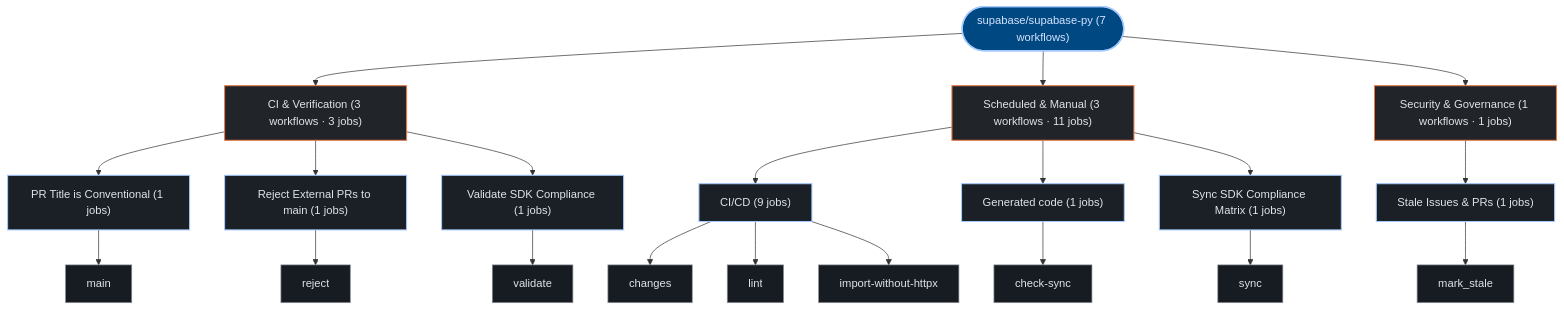
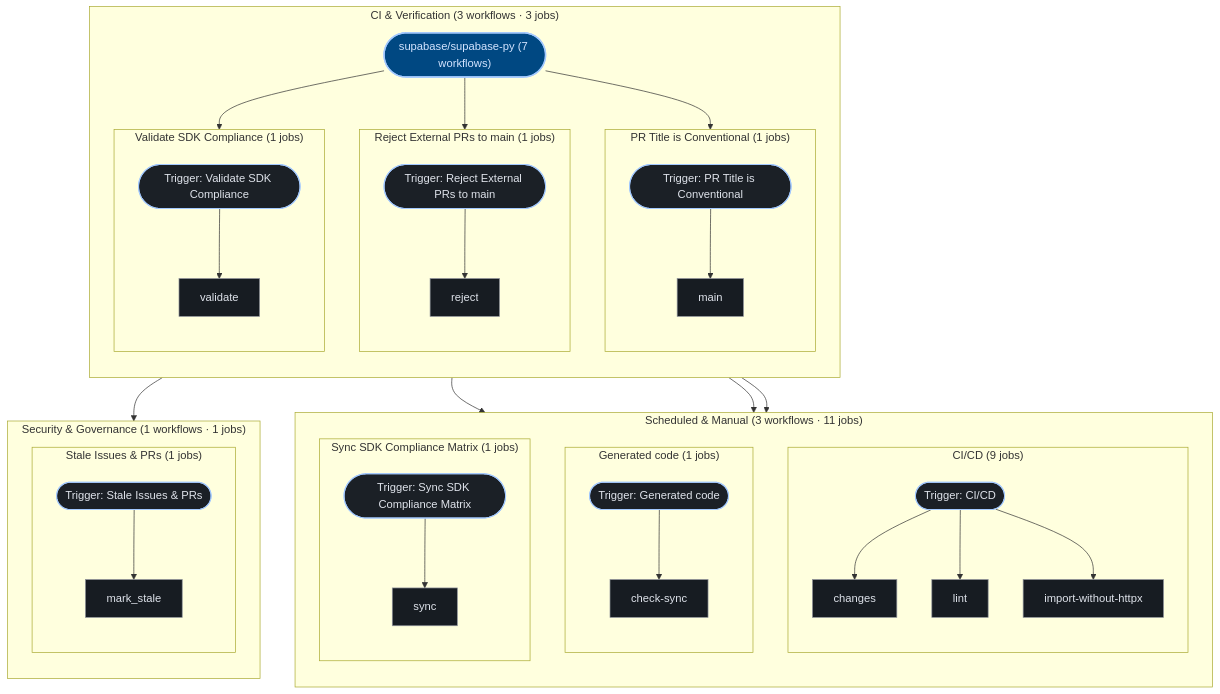
Before and after one commit to kumarshaz/atruss-code-atlas: the third of 3 diagrams in exports/latest/reports/supabase-supabase-py-report.md, drawn with Mermaid. The commit also changed 181 other files, not shown here.

````diff
--- a/exports/latest/reports/supabase-supabase-py-report.md
+++ b/exports/latest/reports/supabase-supabase-py-report.md
@@ -233,49 +233,73 @@
 ```mermaid
 graph TD;
   classDef atlasRoot fill:#004882,stroke:#a3c9ff,stroke-width:2px,color:#d3e4ff
   classDef atlasCategory fill:#212428,stroke:#E87A48,stroke-width:1.5px,color:#dfe3eb
   classDef atlasWorkflow fill:#1b2026,stroke:#a3c9ff,stroke-width:1.5px,color:#dfe3eb
   classDef atlasJob fill:#171c22,stroke:#8d9199,stroke-width:1px,color:#dfe3eb
   classDef atlasTarget fill:#005227,stroke:#8bd99b,stroke-width:1.5px,color:#a7f6b6
   classDef atlasAlert fill:#93000a,stroke:#ffb4ab,stroke-width:1.5px,color:#ffdad6
   classDef atlasMore fill:#252a31,stroke:#8d9199,stroke-dasharray:4 4,color:#c3c6cf
   pipeline_root(["supabase/supabase-py (7 workflows)"]):::atlasRoot
-  grp_0_CI___Verification["CI & Verification (3 workflows · 3 jobs)"]:::atlasCategory
-  pipeline_root --> grp_0_CI___Verification
-  wf_2_PR_Title_is_Conventional["PR Title is Conventional (1 jobs)"]:::atlasWorkflow
-  grp_0_CI___Verification --> wf_2_PR_Title_is_Conventional
-  job_2_main["main"]:::atlasJob
-  wf_2_PR_Title_is_Conventional --> job_2_main
-  wf_3_Reject_External_PRs_to_main["Reject External PRs to main (1 jobs)"]:::atlasWorkflow
-  grp_0_CI___Verification --> wf_3_Reject_External_PRs_to_main
-  job_3_reject["reject"]:::atlasJob
-  wf_3_Reject_External_PRs_to_main --> job_3_reject
-  wf_6_Validate_SDK_Compliance["Validate SDK Compliance (1 jobs)"]:::atlasWorkflow
-  grp_0_CI___Verification --> wf_6_Validate_SDK_Compliance
-  job_6_validate["validate"]:::atlasJob
-  wf_6_Validate_SDK_Compliance --> job_6_validate
-  grp_1_Scheduled___Manual["Scheduled & Manual (3 workflows · 11 jobs)"]:::atlasCategory
-  pipeline_root --> grp_1_Scheduled___Manual
-  wf_0_CI_CD["CI/CD (9 jobs)"]:::atlasWorkflow
-  grp_1_Scheduled___Manual --> wf_0_CI_CD
-  job_0_changes["changes"]:::atlasJob
-  job_0_lint["lint"]:::atlasJob
-  job_0_import_without_httpx["import-without-httpx"]:::atlasJob
-  wf_0_CI_CD --> job_0_changes
-  wf_0_CI_CD --> job_0_lint
-  wf_0_CI_CD --> job_0_import_without_httpx
-  wf_1_Generated_code["Generated code (1 jobs)"]:::atlasWorkflow
-  grp_1_Scheduled___Manual --> wf_1_Generated_code
-  job_1_check_sync["check-sync"]:::atlasJob
-  wf_1_Generated_code --> job_1_check_sync
-  wf_5_Sync_SDK_Compliance_Matrix["Sync SDK Compliance Matrix (1 jobs)"]:::atlasWorkflow
-  grp_1_Scheduled___Manual --> wf_5_Sync_SDK_Compliance_Matrix
-  job_5_sync["sync"]:::atlasJob
-  wf_5_Sync_SDK_Compliance_Matrix --> job_5_sync
-  grp_2_Security___Governance["Security & Governance (1 workflows · 1 jobs)"]:::atlasCategory
-  pipeline_root --> grp_2_Security___Governance
-  wf_4_Stale_Issues___PRs["Stale Issues & PRs (1 jobs)"]:::atlasWorkflow
-  grp_2_Security___Governance --> wf_4_Stale_Issues___PRs
-  job_4_mark_stale["mark_stale"]:::atlasJob
-  wf_4_Stale_Issues___PRs --> job_4_mark_stale
+  subgraph sg_grp_0_CI___Verification["CI & Verification (3 workflows · 3 jobs)"]
+    direction TB
+    subgraph sg_wf_2_PR_Title_is_Conventional["PR Title is Conventional (1 jobs)"]
+      direction TB
+      wf_2_PR_Title_is_Conventional(["Trigger: PR Title is Conventional"]):::atlasWorkflow
+      job_2_main["main"]:::atlasJob
+      wf_2_PR_Title_is_Conventional --> job_2_main
+    end
+    pipeline_root --> wf_2_PR_Title_is_Conventional
+    subgraph sg_wf_3_Reject_External_PRs_to_main["Reject External PRs to main (1 jobs)"]
+      direction TB
+      wf_3_Reject_External_PRs_to_main(["Trigger: Reject External PRs to main"]):::atlasWorkflow
+      job_3_reject["reject"]:::atlasJob
+      wf_3_Reject_External_PRs_to_main --> job_3_reject
+    end
+    pipeline_root --> wf_3_Reject_External_PRs_to_main
+    subgraph sg_wf_6_Validate_SDK_Compliance["Validate SDK Compliance (1 jobs)"]
+      direction TB
+      wf_6_Validate_SDK_Compliance(["Trigger: Validate SDK Compliance"]):::atlasWorkflow
+      job_6_validate["validate"]:::atlasJob
+      wf_6_Validate_SDK_Compliance --> job_6_validate
+    end
+    pipeline_root --> wf_6_Validate_SDK_Compliance
+  end
+  subgraph sg_grp_1_Scheduled___Manual["Scheduled & Manual (3 workflows · 11 jobs)"]
+    direction TB
+    subgraph sg_wf_0_CI_CD["CI/CD (9 jobs)"]
+      direction TB
+      wf_0_CI_CD(["Trigger: CI/CD"]):::atlasWorkflow
+      job_0_changes["changes"]:::atlasJob
+      job_0_lint["lint"]:::atlasJob
+      job_0_import_without_httpx["import-without-httpx"]:::atlasJob
+      wf_0_CI_CD --> job_0_changes
+      wf_0_CI_CD --> job_0_lint
+      wf_0_CI_CD --> job_0_import_without_httpx
+    end
+    pipeline_root --> wf_0_CI_CD
+    subgraph sg_wf_1_Generated_code["Generated code (1 jobs)"]
+      direction TB
+      wf_1_Generated_code(["Trigger: Generated code"]):::atlasWorkflow
+      job_1_check_sync["check-sync"]:::atlasJob
+      wf_1_Generated_code --> job_1_check_sync
+    end
+    pipeline_root --> wf_1_Generated_code
+    subgraph sg_wf_5_Sync_SDK_Compliance_Matrix["Sync SDK Compliance Matrix (1 jobs)"]
+      direction TB
+      wf_5_Sync_SDK_Compliance_Matrix(["Trigger: Sync SDK Compliance Matrix"]):::atlasWorkflow
+      job_5_sync["sync"]:::atlasJob
+      wf_5_Sync_SDK_Compliance_Matrix --> job_5_sync
+    end
+    pipeline_root --> wf_5_Sync_SDK_Compliance_Matrix
+  end
+  subgraph sg_grp_2_Security___Governance["Security & Governance (1 workflows · 1 jobs)"]
+    direction TB
+    subgraph sg_wf_4_Stale_Issues___PRs["Stale Issues & PRs (1 jobs)"]
+      direction TB
+      wf_4_Stale_Issues___PRs(["Trigger: Stale Issues & PRs"]):::atlasWorkflow
+      job_4_mark_stale["mark_stale"]:::atlasJob
+      wf_4_Stale_Issues___PRs --> job_4_mark_stale
+    end
+    pipeline_root --> wf_4_Stale_Issues___PRs
+  end
 ```
````
